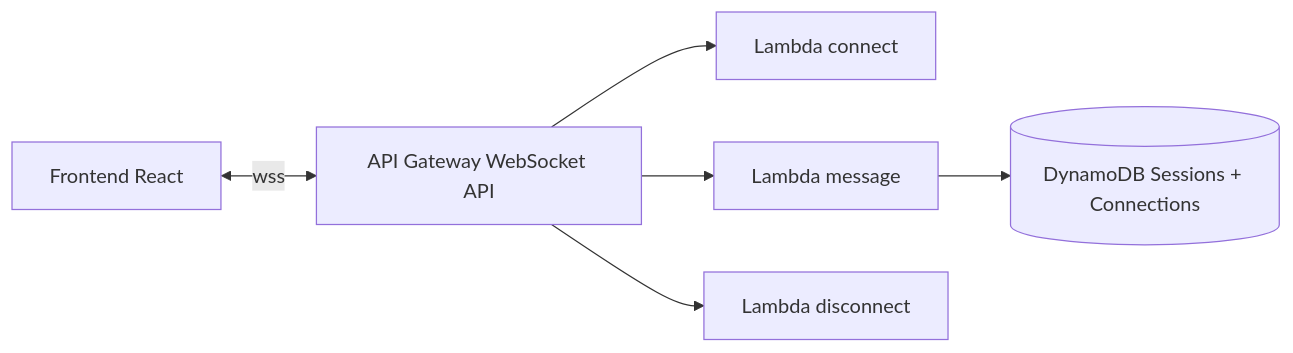
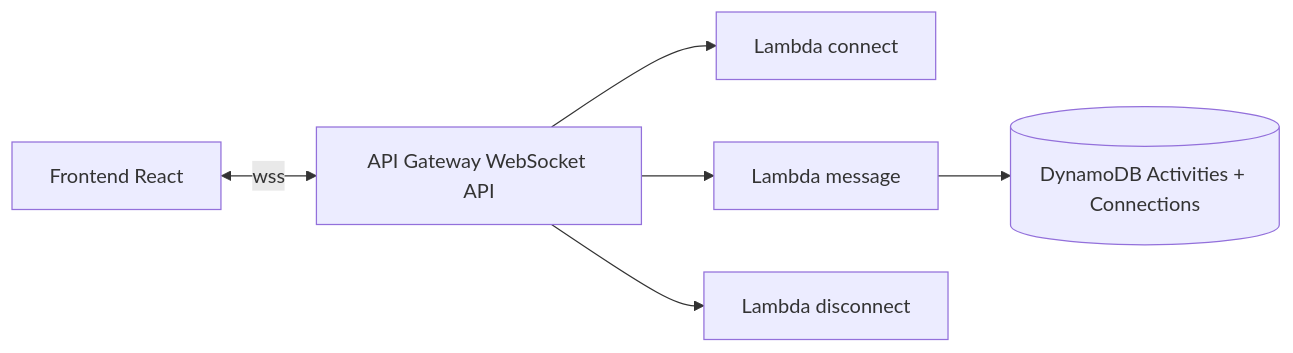
Before and after one commit to JosthinAyonC/chapterquest-serverless-app: the fourth of 4 diagrams in docs/ProductSpec.md, drawn with Mermaid. The commit also changed other lines of this file and 9 other files, not shown here.

Commit message:
docs: update README, architecture, and product specifications to clarify role play activities and guest profile functionality without login

````diff
--- a/docs/ProductSpec.md
+++ b/docs/ProductSpec.md
@@ -248,15 +283,15 @@
 ```mermaid
 flowchart LR
   FE[Frontend React]
   WSS[API Gateway WebSocket API]
   L1[Lambda connect]
   L2[Lambda message]
   L3[Lambda disconnect]
-  DDB[(DynamoDB Sessions + Connections)]
+  DDB[(DynamoDB Activities + Connections)]
 
   FE <-->|wss| WSS
   WSS --> L1
   WSS --> L2
   WSS --> L3
   L2 --> DDB
 ```
````
